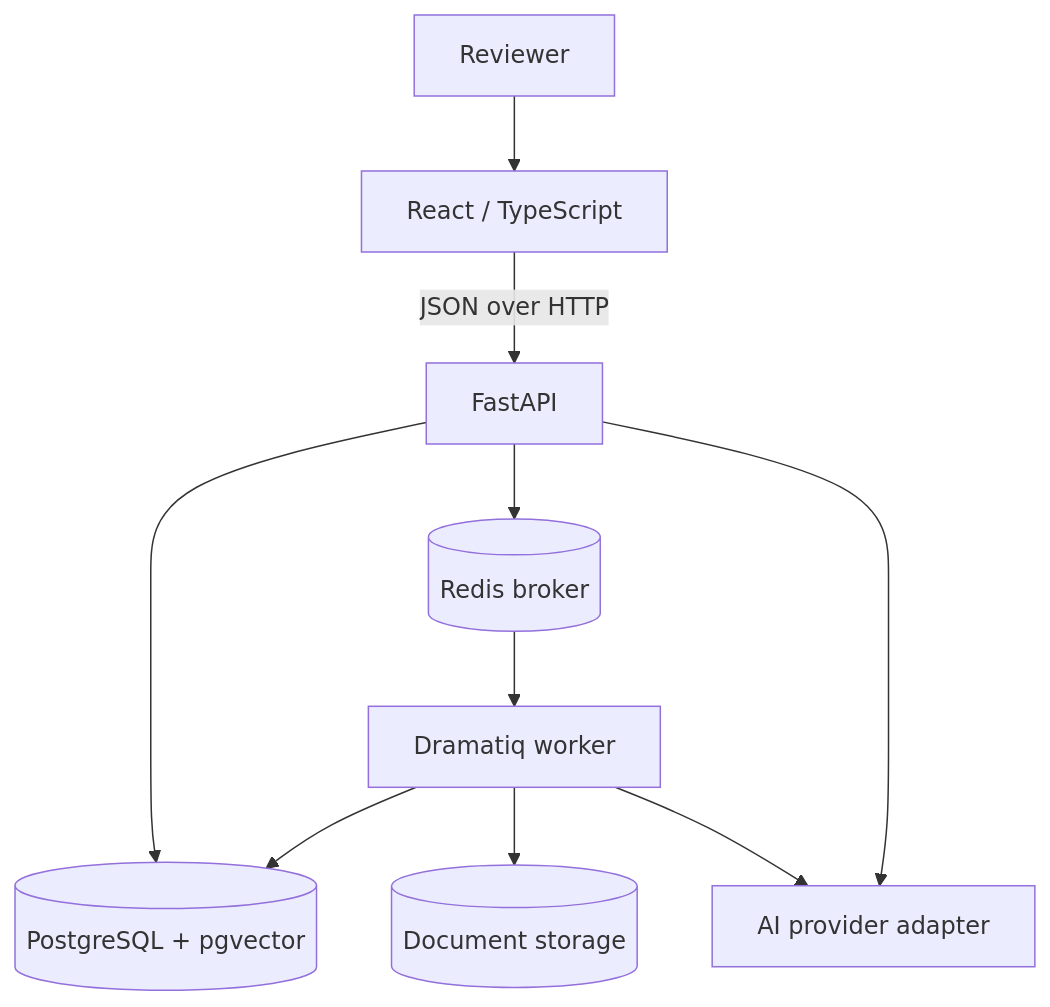
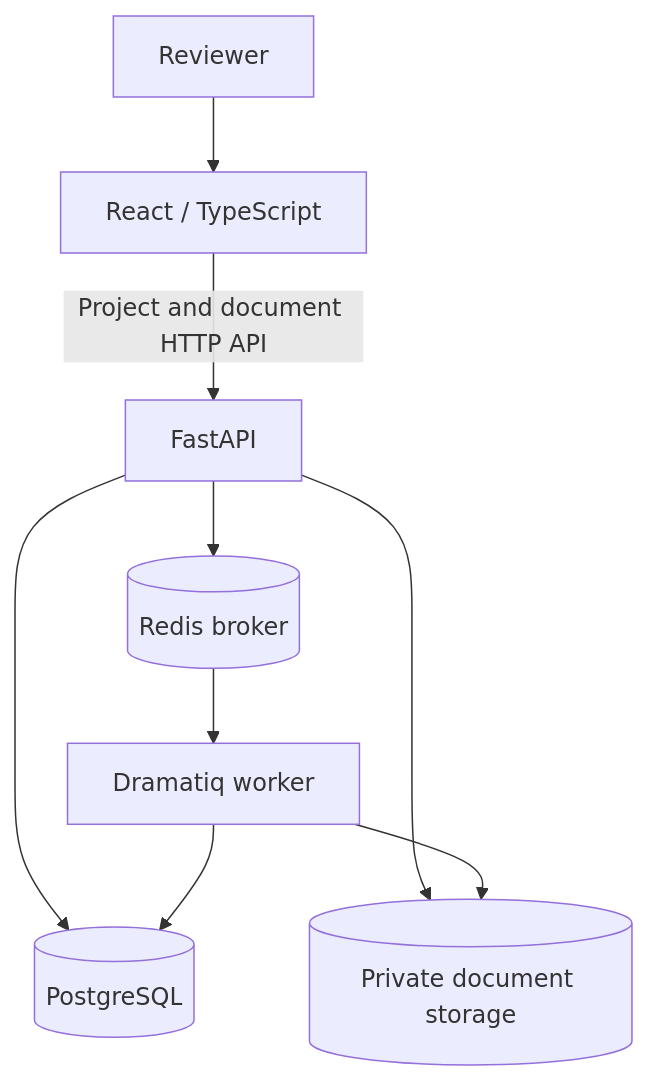
The diagram in ARCHITECTURE.md (hafiz475/AI-Document-Intelligence-Verification-Platform), drawn with Mermaid before and after one commit. The commit also changed other lines of this file and 57 other files, not shown here.

````diff
--- a/ARCHITECTURE.md
+++ b/ARCHITECTURE.md
@@ -9,12 +9,11 @@
-```mermaid
+~~~mermaid
 flowchart TB
     Reviewer --> Web[React / TypeScript]
-    Web -->|JSON over HTTP| API[FastAPI]
-    API --> DB[(PostgreSQL + pgvector)]
+    Web -->|Project and document HTTP API| API[FastAPI]
+    API --> DB[(PostgreSQL)]
     API --> Queue[(Redis broker)]
+    API --> Files[(Private document storage)]
     Queue --> Worker[Dramatiq worker]
+    Worker --> Files
     Worker --> DB
-    Worker --> Files[(Document storage)]
-    Worker --> AI[AI provider adapter]
-    API --> AI
-```
+~~~
````
